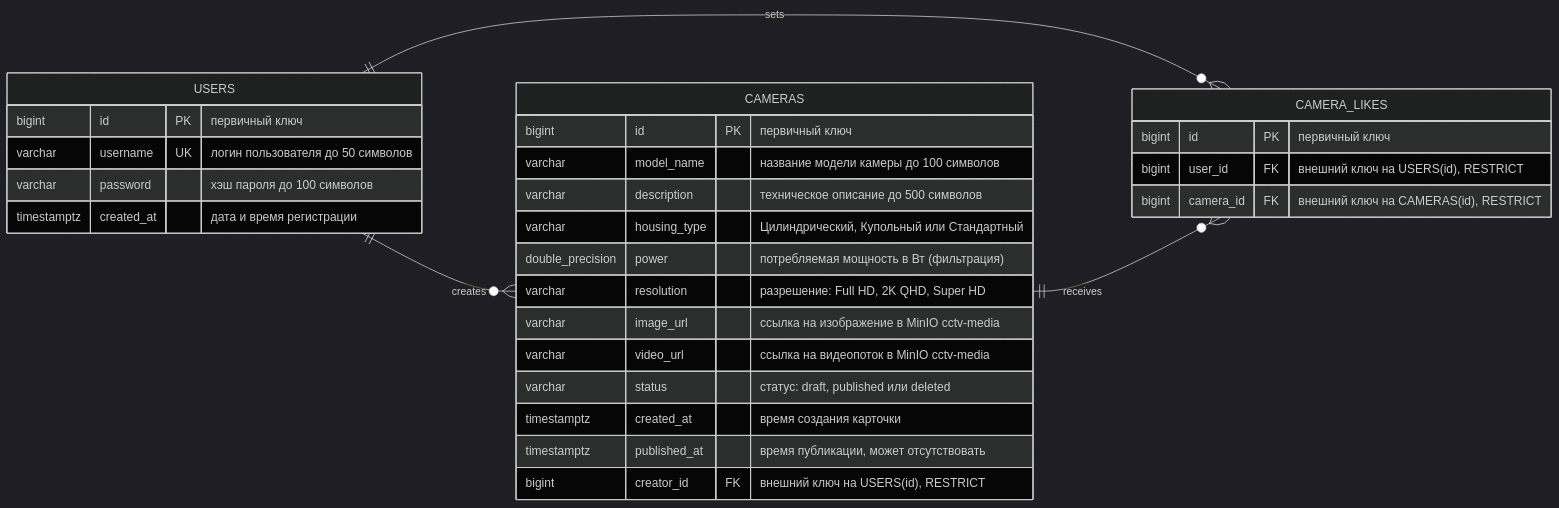
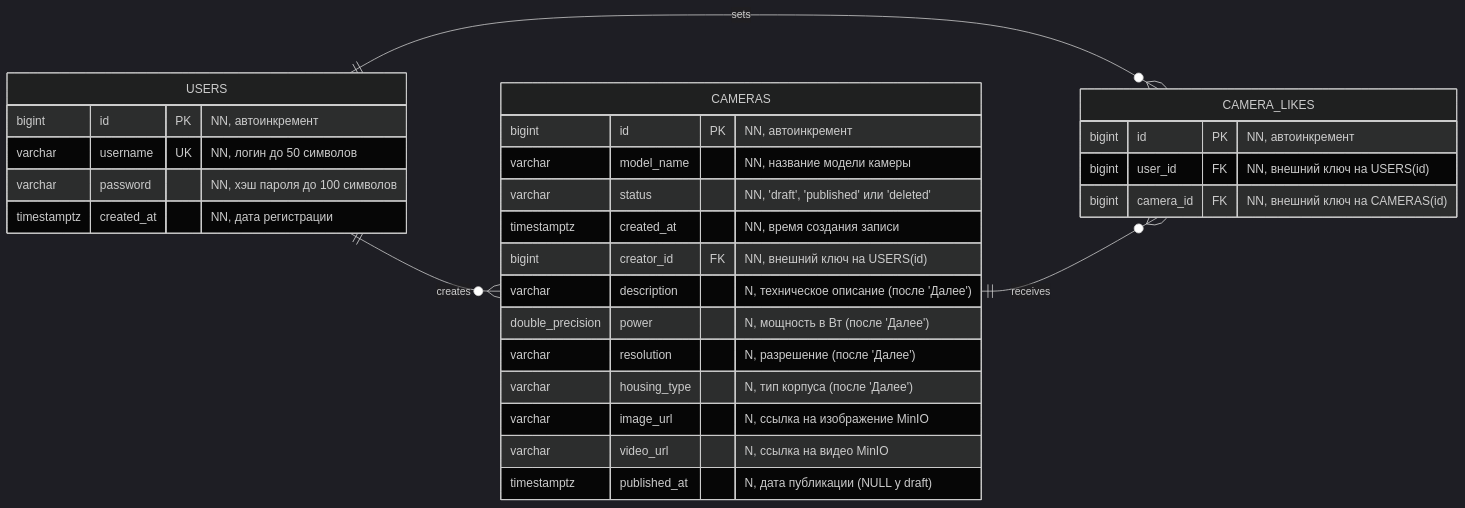
The diagram in README.md (JavyBinary/cctv-energy-backend), drawn with Mermaid (dark theme) before and after one commit.

````diff
--- a/README.md
+++ b/README.md
@@ -25,35 +25,35 @@
 ```mermaid
 erDiagram
     direction LR
     USERS ||--o{ CAMERAS : creates
     USERS ||--o{ CAMERA_LIKES : sets
     CAMERAS ||--o{ CAMERA_LIKES : receives
 
     USERS {
-        bigint id PK "первичный ключ"
-        varchar username UK "логин пользователя до 50 символов"
-        varchar password "хэш пароля до 100 символов"
-        timestamptz created_at "дата и время регистрации"
+        bigint id PK "NN, автоинкремент"
+        varchar username UK "NN, логин до 50 символов"
+        varchar password "NN, хэш пароля до 100 символов"
+        timestamptz created_at "NN, дата регистрации"
     }
 
     CAMERAS {
-        bigint id PK "первичный ключ"
-        varchar model_name "название модели камеры до 100 символов"
-        varchar description "техническое описание до 500 символов"
-        varchar housing_type "Цилиндрический, Купольный или Стандартный"
-        double_precision power "потребляемая мощность в Вт (фильтрация)"
-        varchar resolution "разрешение: Full HD, 2K QHD, Super HD"
-        varchar image_url "ссылка на изображение в MinIO cctv-media"
-        varchar video_url "ссылка на видеопоток в MinIO cctv-media"
-        varchar status "статус: draft, published или deleted"
-        timestamptz created_at "время создания карточки"
-        timestamptz published_at "время публикации, может отсутствовать"
-        bigint creator_id FK "внешний ключ на USERS(id), RESTRICT"
+        bigint id PK "NN, автоинкремент"
+        varchar model_name "NN, название модели камеры"
+        varchar status "NN, 'draft', 'published' или 'deleted'"
+        timestamptz created_at "NN, время создания записи"
+        bigint creator_id FK "NN, внешний ключ на USERS(id)"
+        varchar description "N, техническое описание (после 'Далее')"
+        double_precision power "N, мощность в Вт (после 'Далее')"
+        varchar resolution "N, разрешение (после 'Далее')"
+        varchar housing_type "N, тип корпуса (после 'Далее')"
+        varchar image_url "N, ссылка на изображение MinIO"
+        varchar video_url "N, ссылка на видео MinIO"
+        timestamptz published_at "N, дата публикации (NULL у draft)"
     }
 
     CAMERA_LIKES {
-        bigint id PK "первичный ключ"
-        bigint user_id FK "внешний ключ на USERS(id), RESTRICT"
-        bigint camera_id FK "внешний ключ на CAMERAS(id), RESTRICT"
+        bigint id PK "NN, автоинкремент"
+        bigint user_id FK "NN, внешний ключ на USERS(id)"
+        bigint camera_id FK "NN, внешний ключ на CAMERAS(id)"
     }
 ```
````
